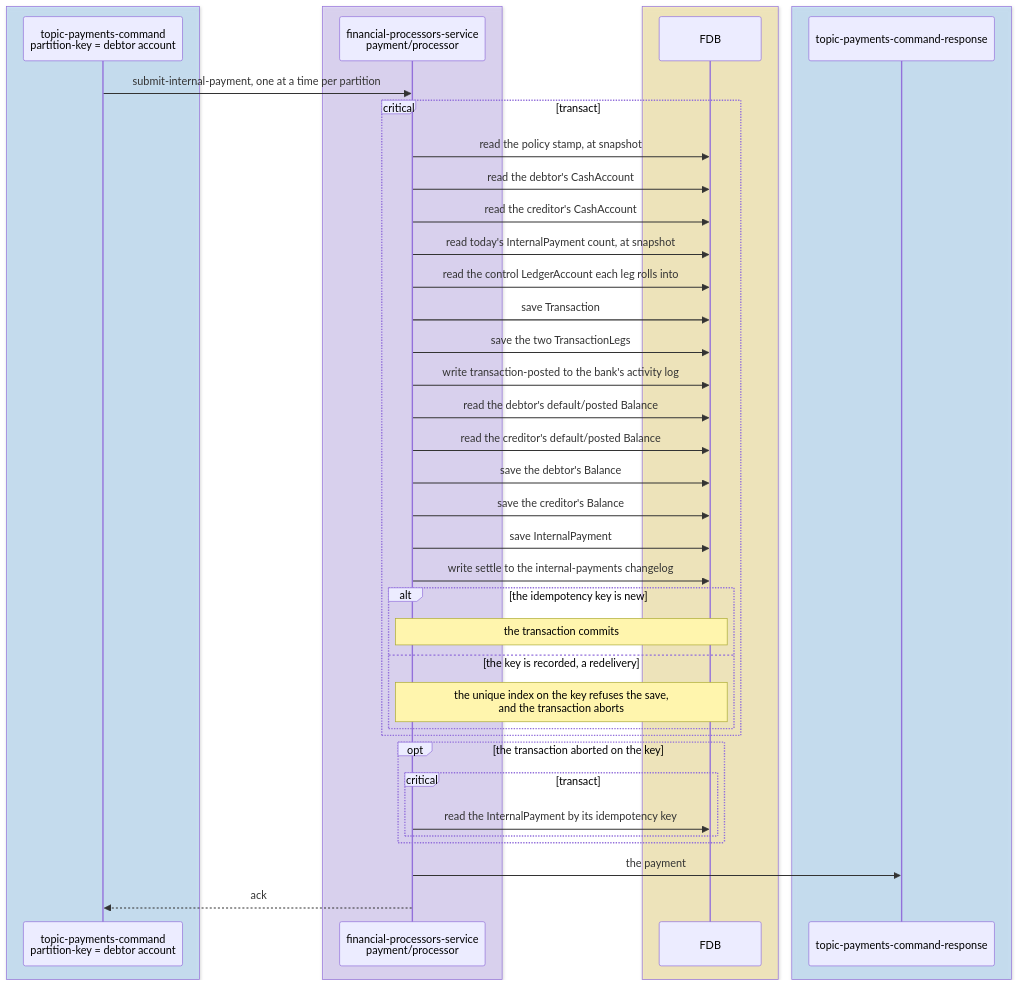
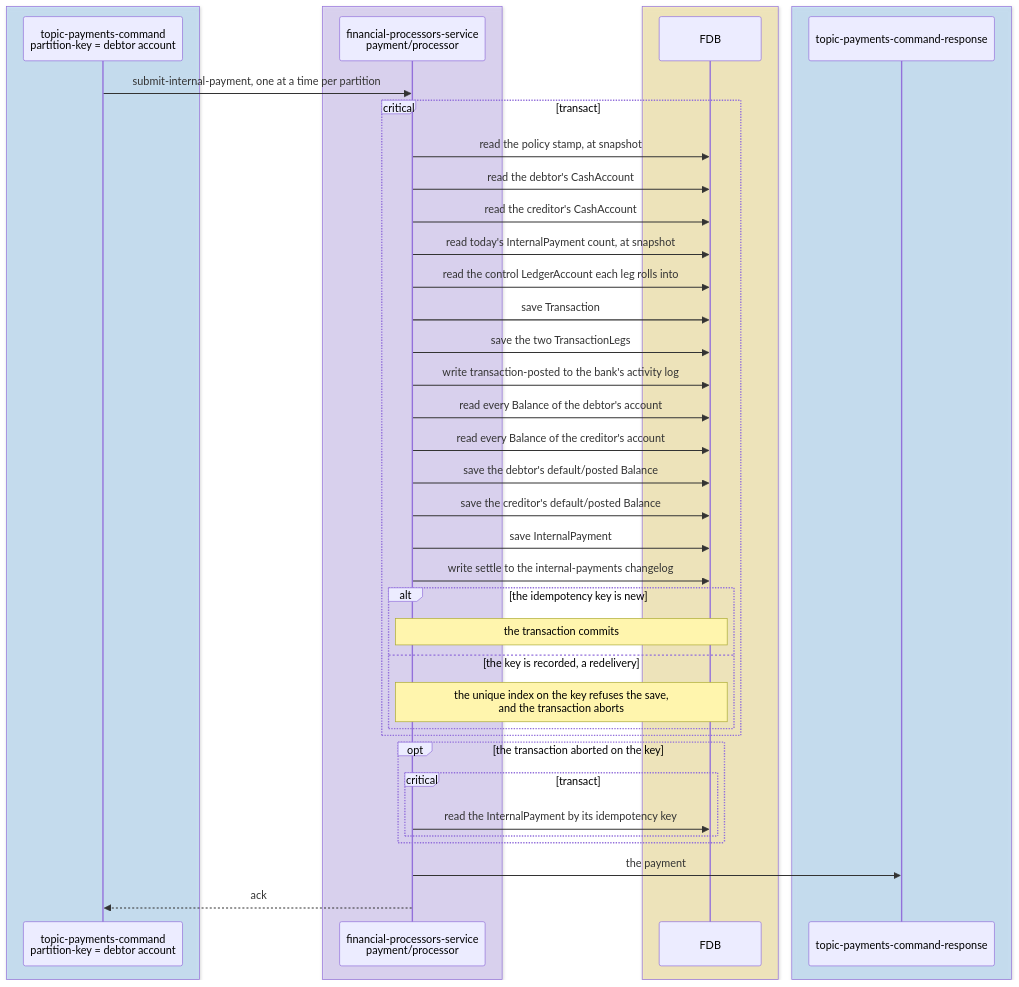
Before and after one commit to repldriven/queenswood: the second of 7 diagrams in docs/tdd/payments-internal.md, drawn with Mermaid. The commit also changed other lines of this file and 2 other files, not shown here.

Commit message:
Draw outbound and inbound payments to the internal diagrams' conventions

````diff
--- a/docs/tdd/payments-internal.md
+++ b/docs/tdd/payments-internal.md
@@ -127,44 +127,44 @@
 ```mermaid
 sequenceDiagram
     box rgba(165, 216, 255, 0.45)
     participant PC as topic-payments-command<br/>partition-key = debtor account
     end
     box rgba(208, 191, 255, 0.45)
     participant PP as financial-processors-service<br/>payment/processor
     end
     box rgba(255, 236, 153, 0.5)
     participant DB as FDB
     end
     box rgba(165, 216, 255, 0.45)
     participant PR as topic-payments-command-response
     end
     PC->>PP: submit-internal-payment, one at a time per partition
     critical transact
     PP->>DB: read the policy stamp, at snapshot
     PP->>DB: read the debtor's CashAccount
     PP->>DB: read the creditor's CashAccount
     PP->>DB: read today's InternalPayment count, at snapshot
     PP->>DB: read the control LedgerAccount each leg rolls into
     PP->>DB: save Transaction
     PP->>DB: save the two TransactionLegs
     PP->>DB: write transaction-posted to the bank's activity log
-    PP->>DB: read the debtor's default/posted Balance
-    PP->>DB: read the creditor's default/posted Balance
-    PP->>DB: save the debtor's Balance
-    PP->>DB: save the creditor's Balance
+    PP->>DB: read every Balance of the debtor's account
+    PP->>DB: read every Balance of the creditor's account
+    PP->>DB: save the debtor's default/posted Balance
+    PP->>DB: save the creditor's default/posted Balance
     PP->>DB: save InternalPayment
     PP->>DB: write settle to the internal-payments changelog
     alt the idempotency key is new
     Note over PP,DB: the transaction commits
     else the key is recorded, a redelivery
     Note over PP,DB: the unique index on the key refuses the save,<br/>and the transaction aborts
     end
     end
     opt the transaction aborted on the key
     critical transact
     PP->>DB: read the InternalPayment by its idempotency key
     end
     end
     PP->>PR: the payment
     PP-->>PC: ack
 ```
````
